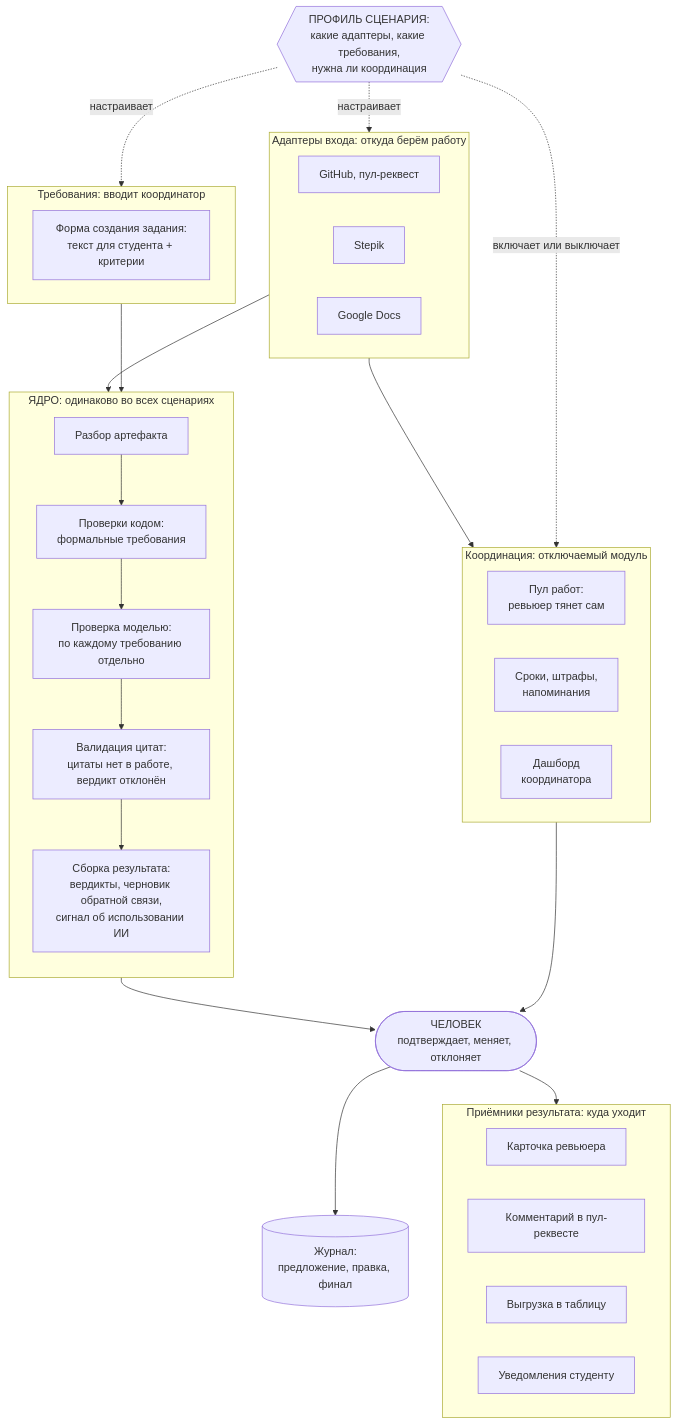
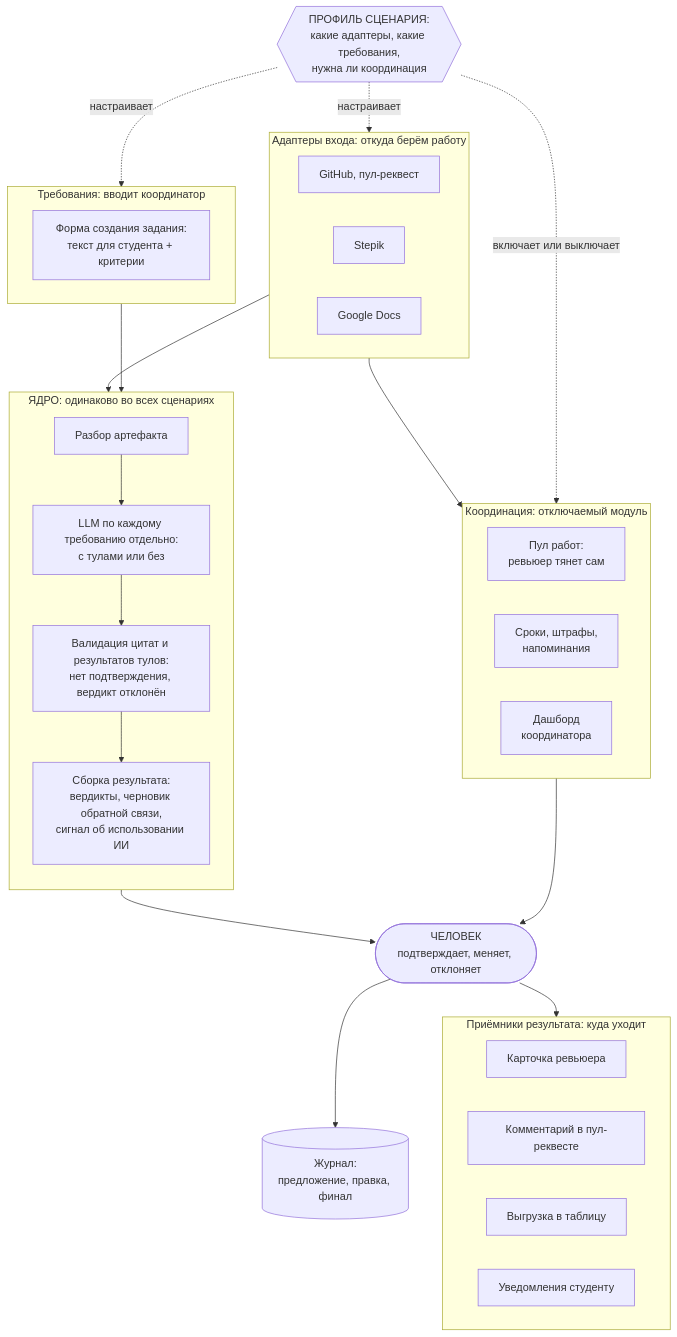
The diagram in docs/03-platform.md (matvej-melikhov/avito-aith-hackaton), drawn with Mermaid before and after one commit. The commit also changed other lines of this file and 9 other files, not shown here.

Commit message:
docs: LLM с тулами как единый способ проверки, ложный лучше пропуска, рубрики вручную, время и роли унифицированы

````diff
--- a/docs/03-platform.md
+++ b/docs/03-platform.md
@@ -23,56 +23,55 @@
 ```mermaid
 flowchart TB
     subgraph IN["Адаптеры входа: откуда берём работу"]
         direction LR
         A1["GitHub, пул-реквест"]
         A2["Stepik"]
         A3["Google Docs"]
     end
 
     subgraph REQ["Требования: вводит координатор"]
         direction LR
         R1["Форма создания задания:<br/>текст для студента + критерии"]
     end
 
     subgraph CORE["ЯДРО: одинаково во всех сценариях"]
         direction TB
         C1["Разбор артефакта"]
-        C2["Проверки кодом:<br/>формальные требования"]
-        C3["Проверка моделью:<br/>по каждому требованию отдельно"]
-        C4["Валидация цитат:<br/>цитаты нет в работе, вердикт отклонён"]
+        C3["LLM по каждому требованию отдельно:<br/>с тулами или без"]
+        C4["Валидация цитат и результатов тулов:<br/>нет подтверждения, вердикт отклонён"]
         C5["Сборка результата:<br/>вердикты, черновик обратной связи,<br/>сигнал об использовании ИИ"]
-        C1 --> C2 --> C3 --> C4 --> C5
+        C1 --> C3 --> C4 --> C5
     end
 
     H(["ЧЕЛОВЕК<br/>подтверждает, меняет, отклоняет"])
     J[("Журнал:<br/>предложение, правка, финал")]
 
     subgraph OUT["Приёмники результата: куда уходит"]
         direction LR
         O1["Карточка ревьюера"]
         O2["Комментарий в пул-реквесте"]
         O3["Выгрузка в таблицу"]
         O4["Уведомления студенту"]
     end
 
     subgraph COORD["Координация: отключаемый модуль"]
         direction LR
         K1["Пул работ:<br/>ревьюер тянет сам"]
         K2["Сроки, штрафы,<br/>напоминания"]
         K3["Дашборд<br/>координатора"]
     end
 
     P{{"ПРОФИЛЬ СЦЕНАРИЯ:<br/>какие адаптеры, какие требования,<br/>нужна ли координация"}}
 
     IN --> CORE
     REQ --> CORE
     CORE --> H
     H --> J
     H --> OUT
     IN --> COORD
     COORD --> H
 
     P -. настраивает .-> IN
     P -. настраивает .-> REQ
     P -. включает или выключает .-> COORD
 ```
````
